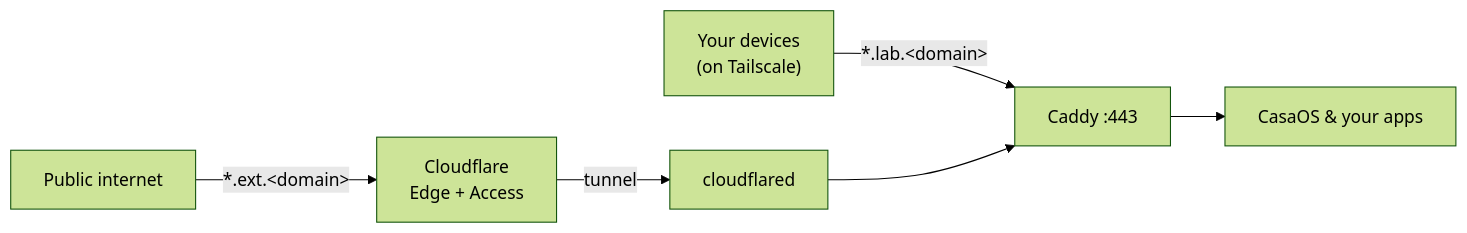
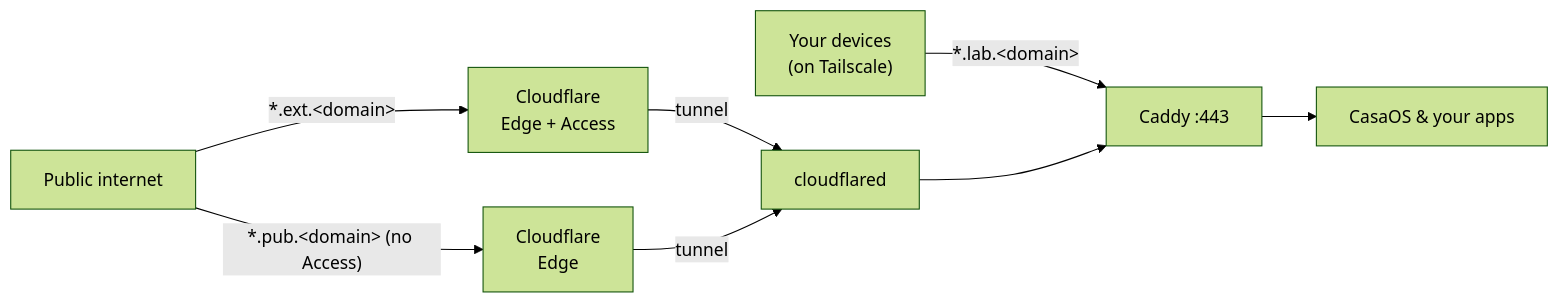
Before and after one commit to gabrielforster/homelab: the diagram in README.md, drawn with Mermaid (forest theme). The commit also changed other lines of this file and 4 other files, not shown here.

````diff
--- a/README.md
+++ b/README.md
@@ -13,7 +14,10 @@
 ```mermaid
 flowchart LR
     dev["Your devices<br/>(on Tailscale)"] -->|"*.lab.&lt;domain&gt;"| caddy
     pub["Public internet"] -->|"*.ext.&lt;domain&gt;"| edge["Cloudflare<br/>Edge + Access"]
-    edge -->|tunnel| cfd["cloudflared"] --> caddy["Caddy :443"]
+    pub -->|"*.pub.&lt;domain&gt; (no Access)"| edgeopen["Cloudflare<br/>Edge"]
+    edge -->|tunnel| cfd["cloudflared"]
+    edgeopen -->|tunnel| cfd
+    cfd --> caddy["Caddy :443"]
     caddy --> apps["CasaOS &amp; your apps"]
 ```
````
